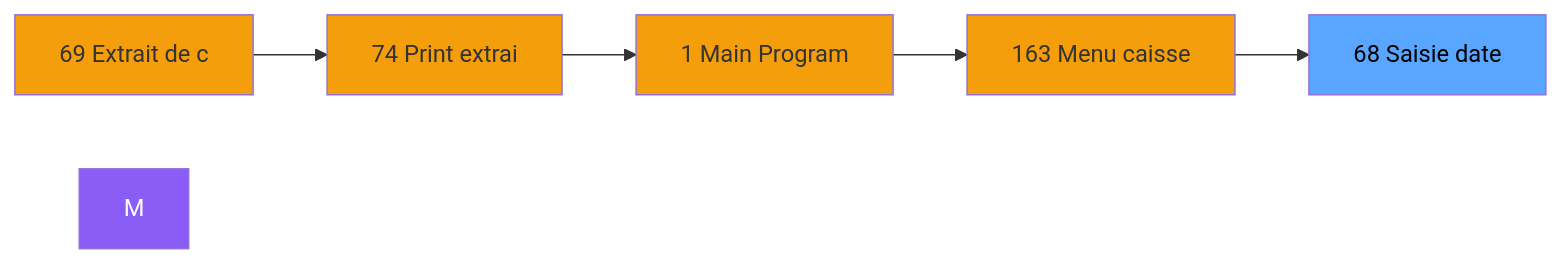
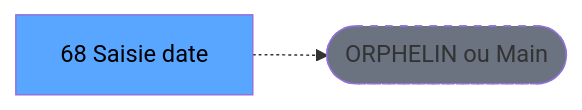
Before and after one commit to thonyAGP/lecteur-magic: the second of 3 diagrams in .openspec/specs/ADH-IDE-68.md, drawn with Mermaid. The commit also changed other lines of this file and 701 other files, not shown here.

````diff
--- a/.openspec/specs/ADH-IDE-68.md
+++ b/.openspec/specs/ADH-IDE-68.md
@@ -114,18 +117,8 @@
 ```mermaid
 graph LR
-    N69[69 Extrait de c]
-    N74[74 Print extrai]
-    N1[1 Main Program]
-    N163[163 Menu caisse ]
     T[68  Saisie date]
-    N69 --> N74
-    N74 --> N1
-    N1 --> N163
-    N163 --> T
-    style M fill:#8b5cf6,color:#fff
-    style N69 fill:#f59e0b
-    style N74 fill:#f59e0b
-    style N1 fill:#f59e0b
-    style N163 fill:#f59e0b
+    ORPHAN([ORPHELIN ou Main])
+    T -.-> ORPHAN
     style T fill:#58a6ff,color:#000
+    style ORPHAN fill:#6b7280,stroke-dasharray: 5 5
 ```
````
